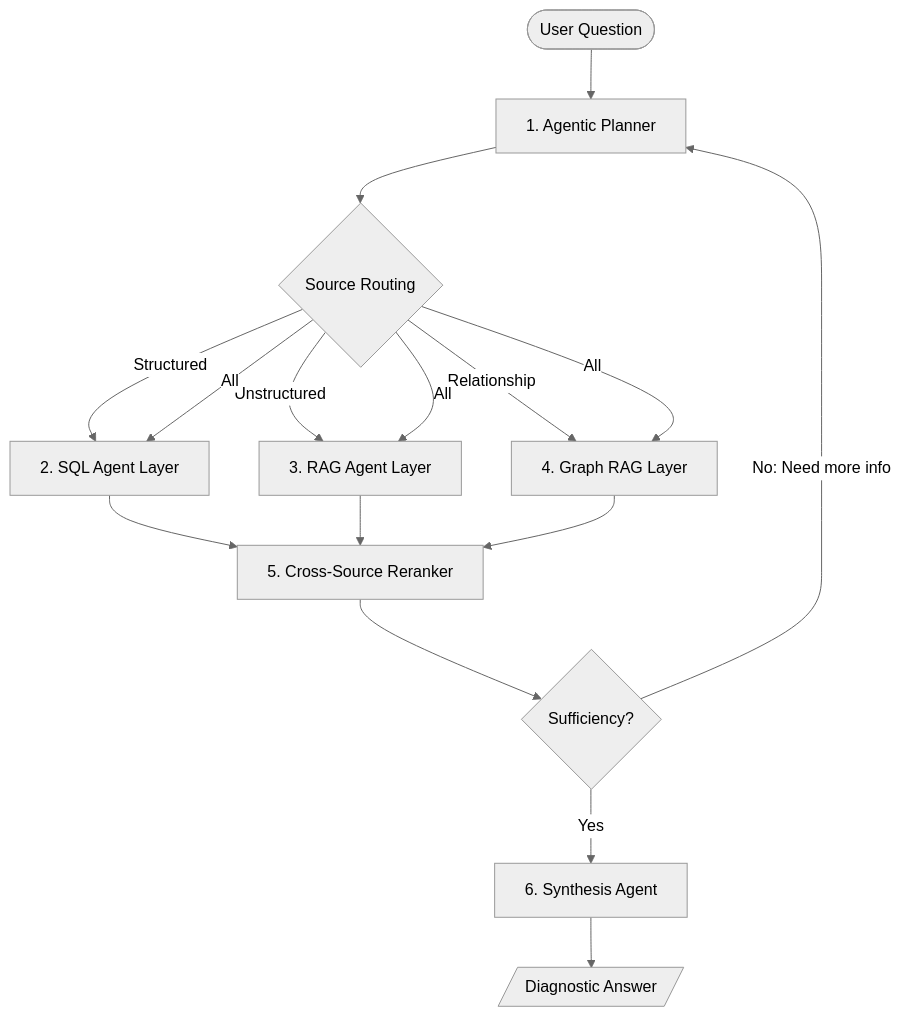
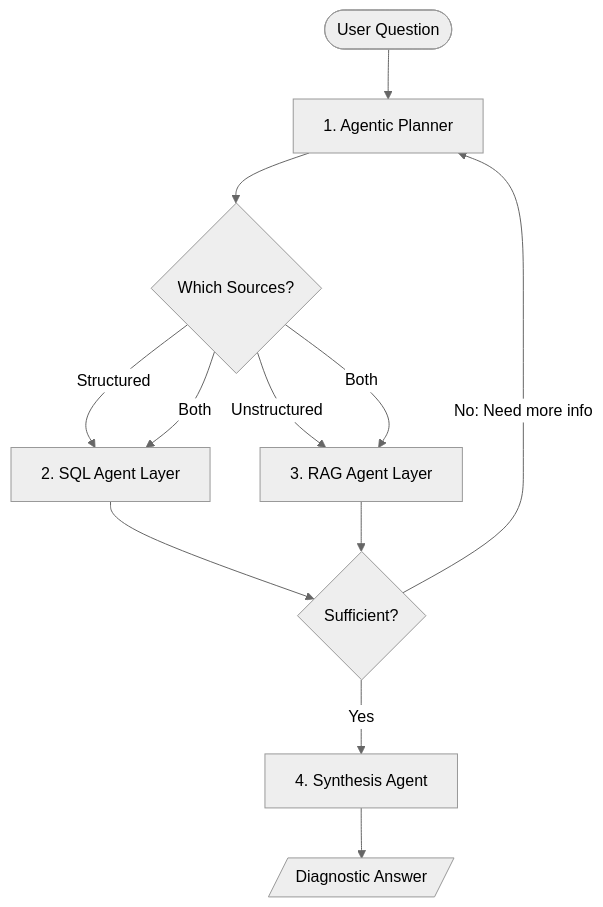
Before and after one commit to joanmarcriera/Home-office-automations: the diagram in docs/knowledge_base/patterns/data-copilot-agentic-rag.md, drawn with Mermaid (neutral theme). The commit also changed other lines of this file and 6 other files, not shown here.

````diff
--- a/docs/knowledge_base/patterns/data-copilot-agentic-rag.md
+++ b/docs/knowledge_base/patterns/data-copilot-agentic-rag.md
@@ -33,21 +33,17 @@
 ```mermaid
 flowchart TD
     User([User Question]) --> Planner[1. Agentic Planner]
-    Planner --> SourceCheck{Source Routing}
+    Planner --> SourceCheck{Which Sources?}
 
     SourceCheck -- Structured --> SQLAgent[2. SQL Agent Layer]
     SourceCheck -- Unstructured --> RAGAgent[3. RAG Agent Layer]
-    SourceCheck -- Relationship --> GraphAgent[4. Graph RAG Layer]
-    SourceCheck -- All --> SQLAgent & RAGAgent & GraphAgent
+    SourceCheck -- Both --> SQLAgent & RAGAgent
 
-    SQLAgent --> Rerank[5. Cross-Source Reranker]
-    RAGAgent --> Rerank
-    GraphAgent --> Rerank
-
-    Rerank --> RetrievalCheck{Sufficiency?}
+    SQLAgent --> RetrievalCheck{Sufficient?}
+    RAGAgent --> RetrievalCheck
 
     RetrievalCheck -- No: Need more info --> Planner
-    RetrievalCheck -- Yes --> Synthesis[6. Synthesis Agent]
+    RetrievalCheck -- Yes --> Synthesis[4. Synthesis Agent]
 
     Synthesis --> Output[/Diagnostic Answer/]
 ```
````
